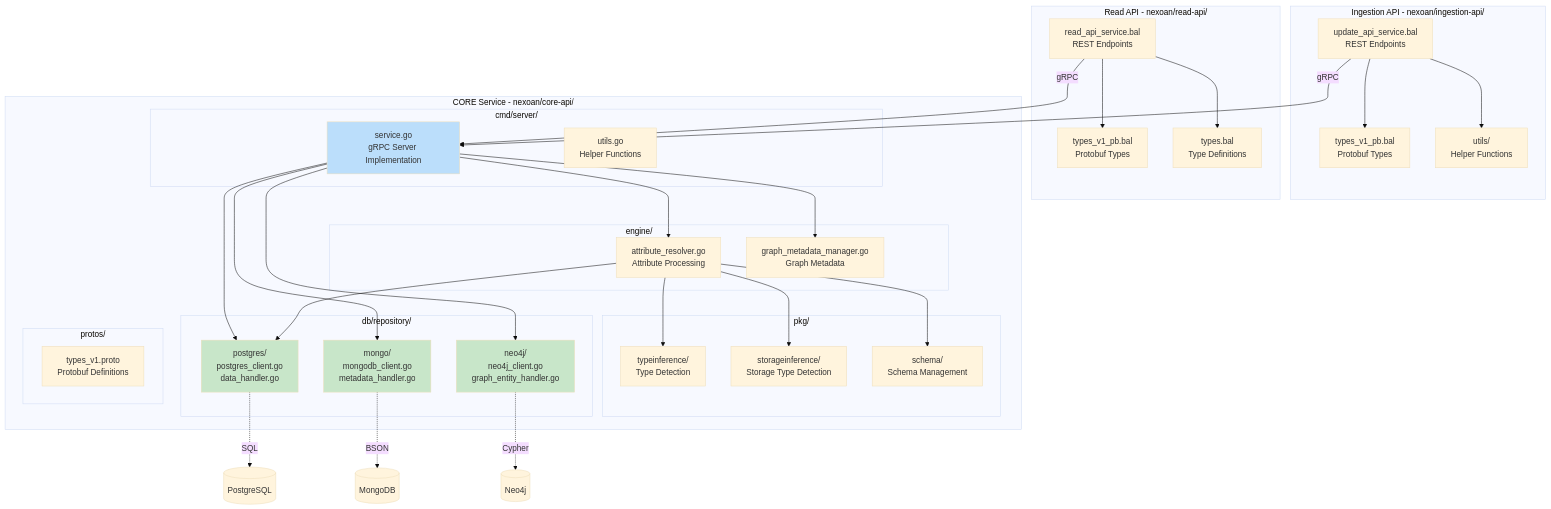
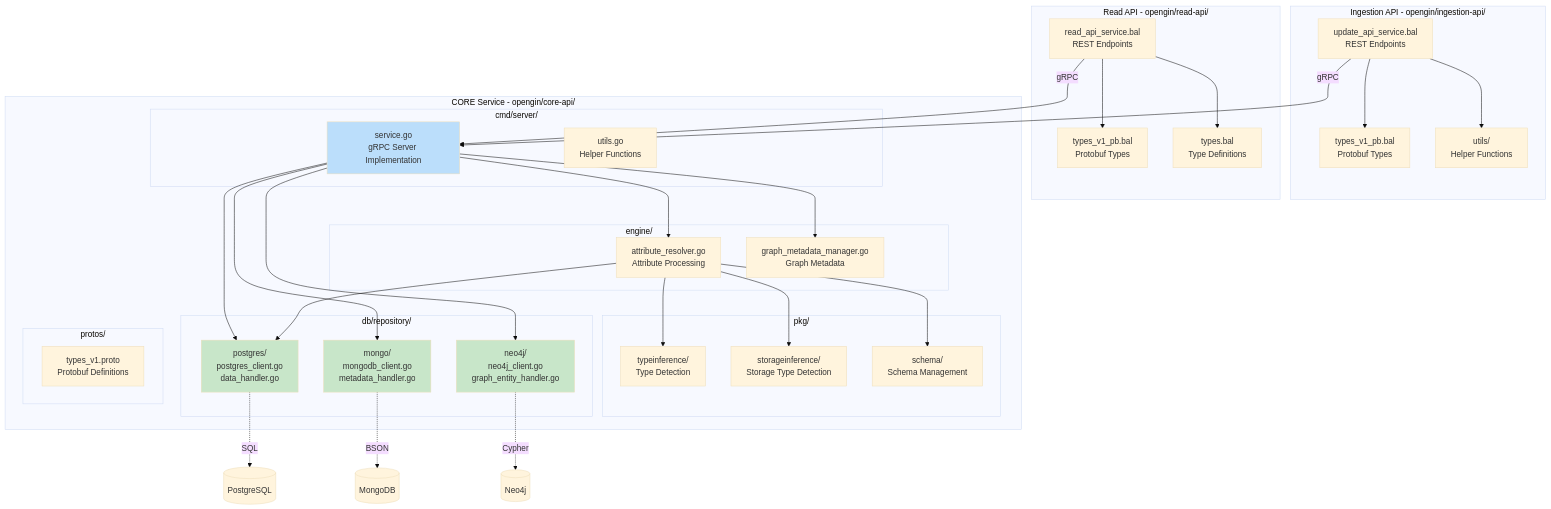
The fourth of 10 diagrams in docs/architecture/diagrams.md (LDFLK/nexoan), drawn with Mermaid (base theme) before and after one commit. The commit also changed other lines of this file and 172 other files, not shown here.

Commit message:
Refactor nexoan to opengin

````diff
--- a/docs/architecture/diagrams.md
+++ b/docs/architecture/diagrams.md
@@ -188,71 +188,71 @@
 ```mermaid
 graph TB
-    subgraph "Ingestion API - nexoan/ingestion-api/"
+    subgraph "Ingestion API - opengin/ingestion-api/"
         UA_Service[update_api_service.bal<br/>REST Endpoints]
         UA_Types[types_v1_pb.bal<br/>Protobuf Types]
         UA_Utils[utils/<br/>Helper Functions]
         
         UA_Service --> UA_Types
         UA_Service --> UA_Utils
     end
     
-    subgraph "Read API - nexoan/read-api/"
+    subgraph "Read API - opengin/read-api/"
         QA_Service[read_api_service.bal<br/>REST Endpoints]
         QA_Types[types_v1_pb.bal<br/>Protobuf Types]
         QA_Utils[types.bal<br/>Type Definitions]
         
         QA_Service --> QA_Types
         QA_Service --> QA_Utils
     end
     
-    subgraph "CORE Service - nexoan/core-api/"
+    subgraph "CORE Service - opengin/core-api/"
         subgraph "cmd/server/"
             Server[service.go<br/>gRPC Server Implementation]
             Utils[utils.go<br/>Helper Functions]
         end
         
         subgraph "engine/"
             AttrResolver[attribute_resolver.go<br/>Attribute Processing]
             GraphMgr[graph_metadata_manager.go<br/>Graph Metadata]
         end
         
         subgraph "pkg/"
             TypeInf[typeinference/<br/>Type Detection]
             StorageInf[storageinference/<br/>Storage Type Detection]
             Schema[schema/<br/>Schema Management]
         end
         
         subgraph "db/repository/"
             MongoRepo[mongo/<br/>mongodb_client.go<br/>metadata_handler.go]
             Neo4jRepo[neo4j/<br/>neo4j_client.go<br/>graph_entity_handler.go]
             PostgresRepo[postgres/<br/>postgres_client.go<br/>data_handler.go]
         end
         
         subgraph "protos/"
             Proto[types_v1.proto<br/>Protobuf Definitions]
         end
         
         Server --> AttrResolver
         Server --> GraphMgr
         Server --> MongoRepo
         Server --> Neo4jRepo
         Server --> PostgresRepo
         
         AttrResolver --> TypeInf
         AttrResolver --> StorageInf
         AttrResolver --> Schema
         AttrResolver --> PostgresRepo
     end
     
     UA_Service -->|gRPC| Server
     QA_Service -->|gRPC| Server
     
     MongoRepo -.->|BSON| MongoDB[(MongoDB)]
     Neo4jRepo -.->|Cypher| Neo4j[(Neo4j)]
     PostgresRepo -.->|SQL| PostgreSQL[(PostgreSQL)]
     
     style Server fill:#bbdefb
     style MongoRepo fill:#c8e6c9
     style Neo4jRepo fill:#c8e6c9
     style PostgresRepo fill:#c8e6c9
 ```
````
